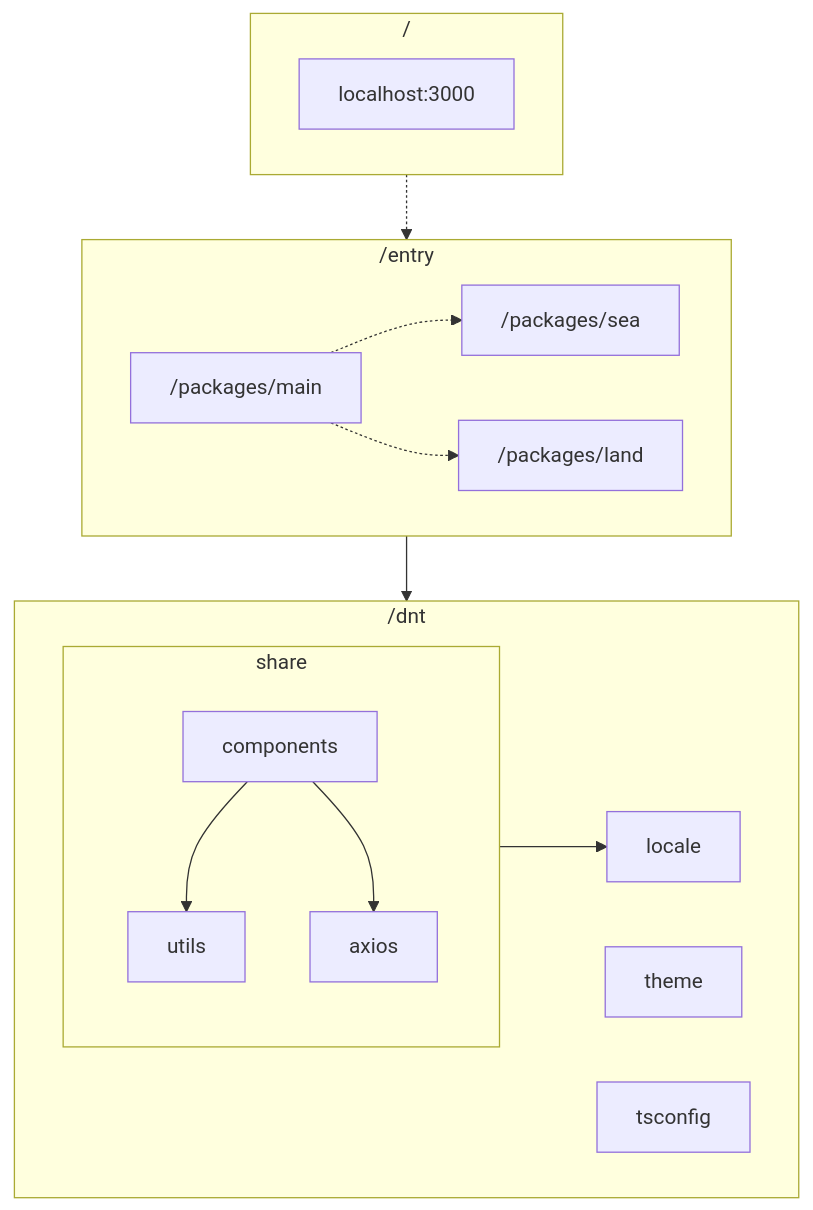
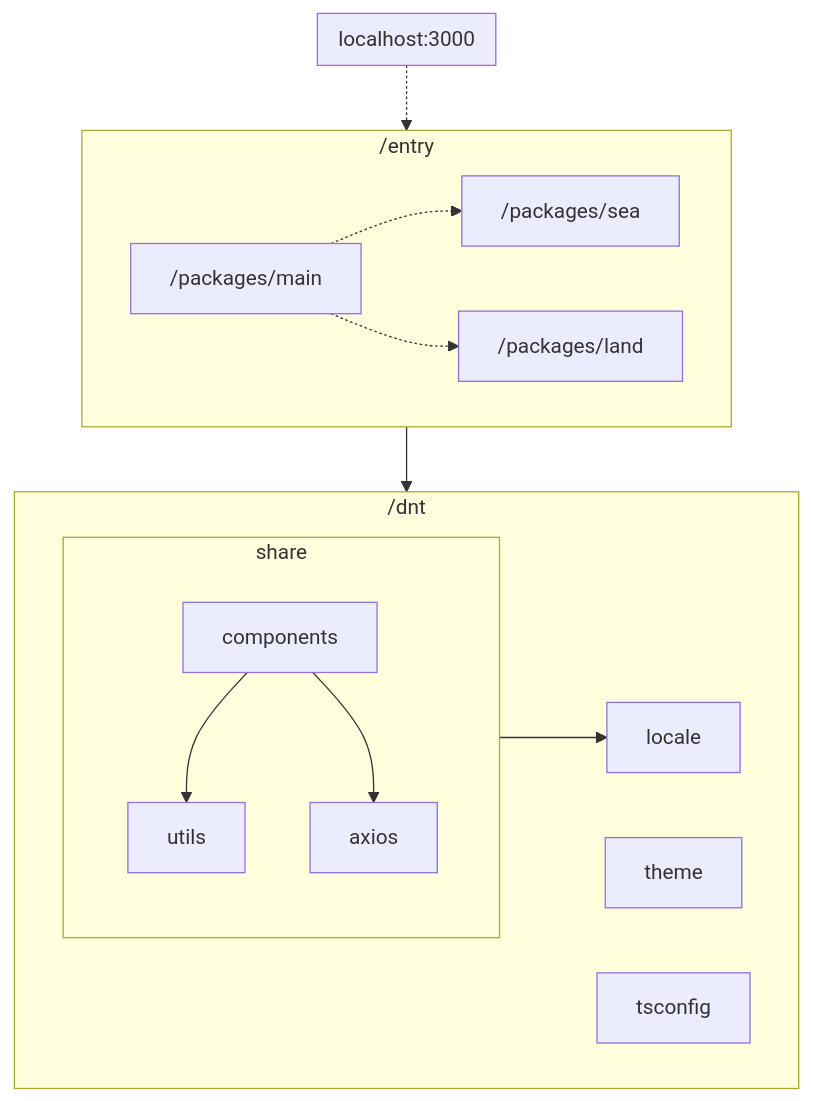
The second of 2 diagrams in readme.md (xuyanzhuqing/micro-qiankun), drawn with Mermaid before and after one commit. The commit also changed 12 other files, not shown here.

````diff
--- a/readme.md
+++ b/readme.md
@@ -37,29 +37,28 @@
 ```mermaid
 flowchart TB
     subgraph /dnt
     theme
     tsconfig
         subgraph share
         utils
         components-->utils
         components-->axios
         axios
         end
     locale
     end
 
     subgraph /entry
     /packages/sea
     /packages/main-.->/packages/sea
     /packages/main-.->/packages/land
     /packages/land
     end
 
-    subgraph /
-    localhost:3000
+    subgraph localhost:3000
     end
 
     share-->locale
     /entry-->/dnt
-    /-.->/entry
+    localhost:3000-.->/entry
 ```
````
